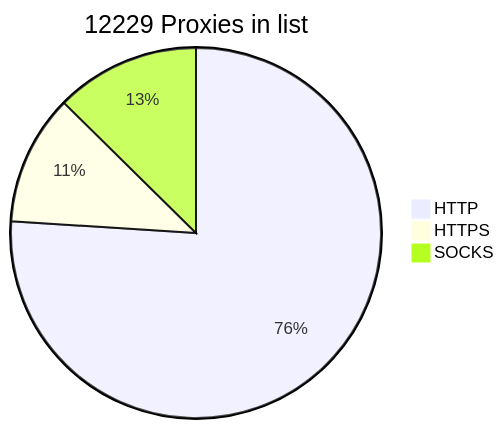
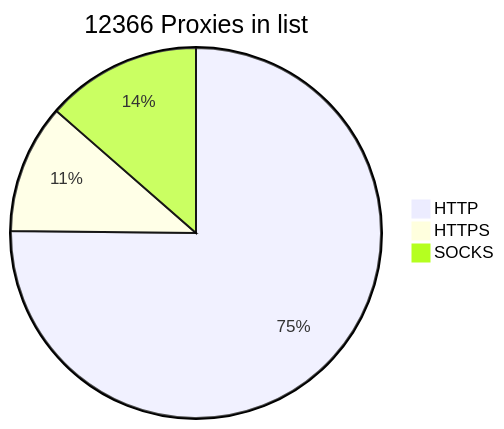
The diagram in README.md (BlackSnowDot/proxylist-update-every-minute), drawn with Mermaid before and after one commit.

````diff
--- a/README.md
+++ b/README.md
@@ -2,6 +2,6 @@
 ```mermaid
-pie title 12229 Proxies in list
+pie title 12366 Proxies in list
     "HTTP" : 9426
     "HTTPS": 1412
-    "SOCKS" : 1564
+    "SOCKS" : 1701
 ```
````
